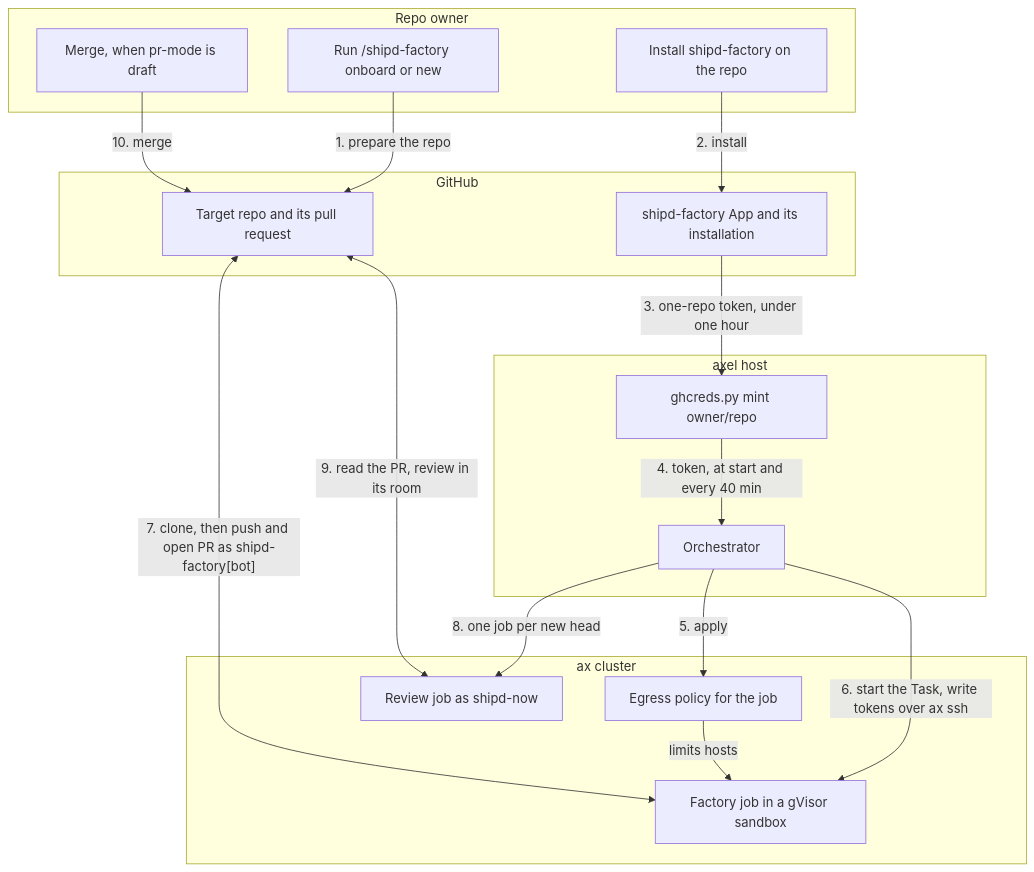
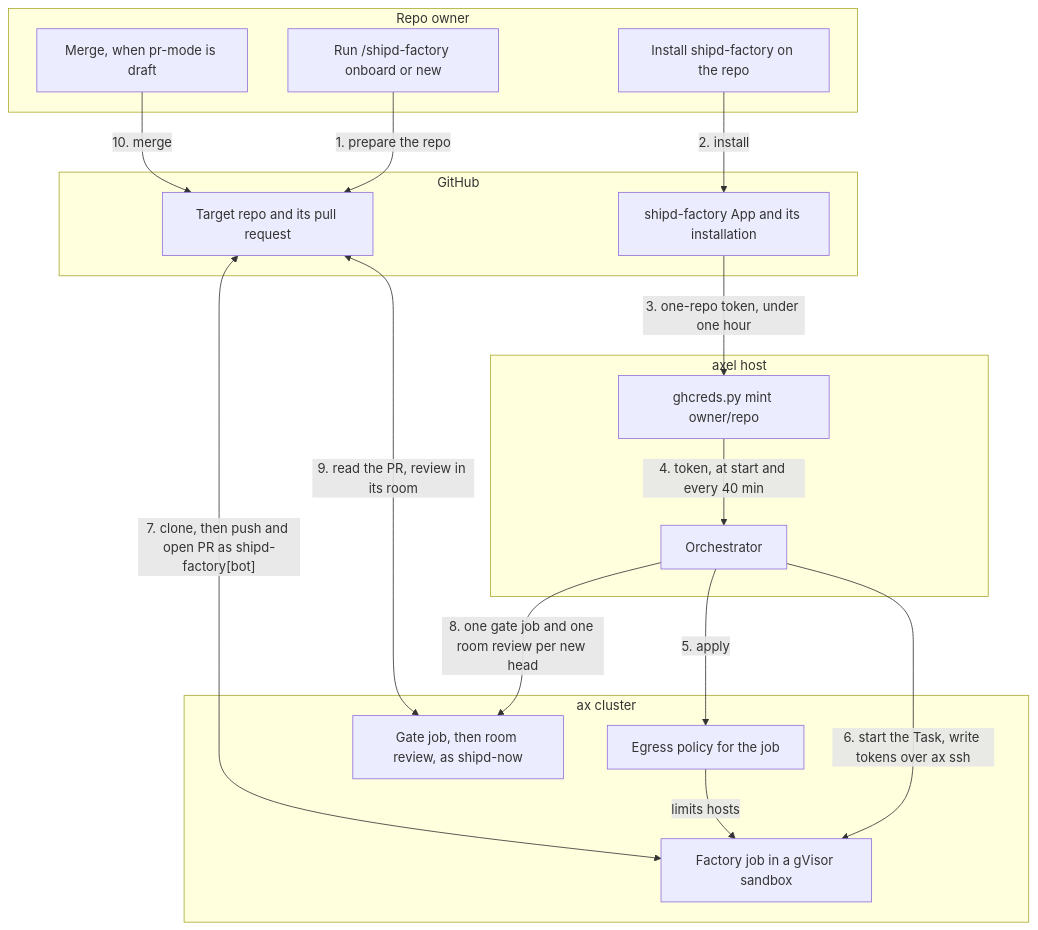
One commit to shipd-now/shipd changed the diagram in docs/shipd-factory.md. Above: the diagram before and after it, drawn with Mermaid. The commit also changed other lines of this file and 2 other files, not shown here.

First line of the commit message:
☕ docs: state one dated sentence per proof and the gate-plus-room review per head

````diff
--- a/docs/shipd-factory.md
+++ b/docs/shipd-factory.md
@@ -16,32 +16,32 @@
 ```mermaid
 flowchart TD
     subgraph LOwner [Repo owner]
         O1["Run /shipd-factory onboard or new"]
         O2["Install shipd-factory on the repo"]
         O3["Merge, when pr-mode is draft"]
     end
     subgraph LGitHub [GitHub]
         G1["shipd-factory App and its installation"]
         G2["Target repo and its pull request"]
     end
     subgraph LHost [axel host]
         H1["ghcreds.py mint owner/repo"]
         H2["Orchestrator"]
     end
     subgraph LCluster [ax cluster]
         C1["Egress policy for the job"]
         C2["Factory job in a gVisor sandbox"]
-        C3["Review job as shipd-now"]
+        C3["Gate job, then room review, as shipd-now"]
     end
     O1 -->|"1. prepare the repo"| G2
     O2 -->|"2. install"| G1
     O3 -->|"10. merge"| G2
     G1 -->|"3. one-repo token, under one hour"| H1
     H1 -->|"4. token, at start and every 40 min"| H2
     H2 -->|"5. apply"| C1
     H2 -->|"6. start the Task, write tokens over ax ssh"| C2
     C1 -->|"limits hosts"| C2
-    H2 -->|"8. one job per new head"| C3
+    H2 -->|"8. one gate job and one room review per new head"| C3
     G2 <-->|"7. clone, then push and open PR as shipd-factory[bot]"| C2
     G2 <-->|"9. read the PR, review in its room"| C3
 ```
````
